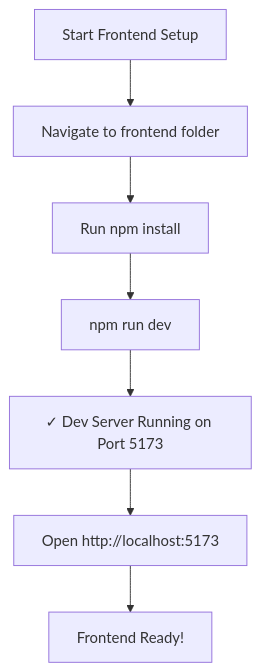
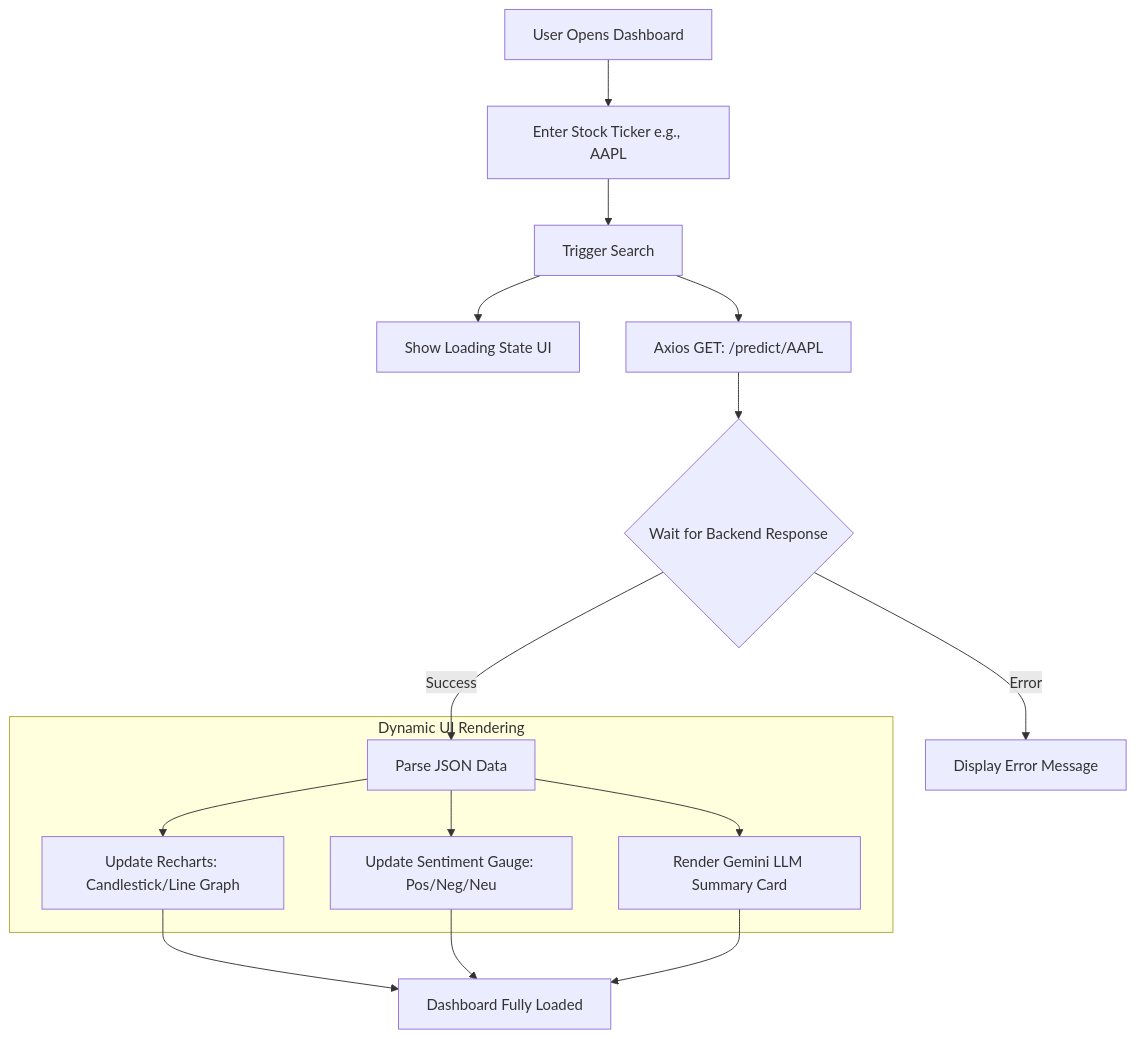
Before and after one commit to LUcky220529/AI-Driven-Stock-Market-Sentiment-Prediction-System: the second of 3 diagrams in README.md, drawn with Mermaid. The commit also changed other lines of this file, not shown here.

````diff
--- a/README.md
+++ b/README.md
@@ -189,9 +191,23 @@
 ```mermaid
 graph TD
-    A[Start Frontend Setup] --> B[Navigate to frontend folder]
-    B --> C[Run npm install]
-    C --> D[npm run dev]
-    D --> E[✓ Dev Server Running on Port 5173]
-    E --> F[Open http://localhost:5173]
-    F --> G[Frontend Ready!]
+    A[User Opens Dashboard] --> B[Enter Stock Ticker e.g., AAPL]
+    B --> C[Trigger Search]
+    
+    C --> D[Show Loading State UI]
+    C --> E[Axios GET: /predict/AAPL]
+    
+    E --> F{Wait for Backend Response}
+    
+    F -- Success --> G[Parse JSON Data]
+    F -- Error --> H[Display Error Message]
+    
+    subgraph "Dynamic UI Rendering"
+    G --> I[Update Recharts: Candlestick/Line Graph]
+    G --> J[Update Sentiment Gauge: Pos/Neg/Neu]
+    G --> K[Render Gemini LLM Summary Card]
+    end
+    
+    I --> L[Dashboard Fully Loaded]
+    J --> L
+    K --> L
 ```
````
